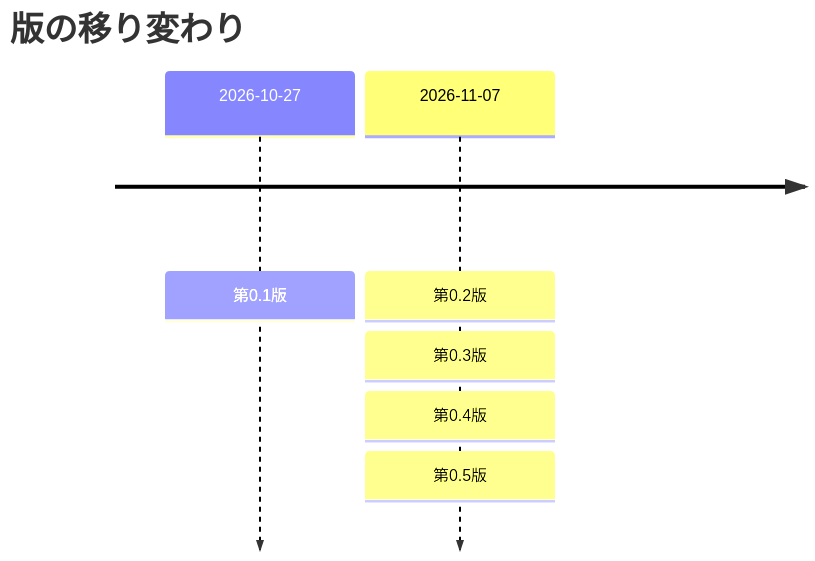
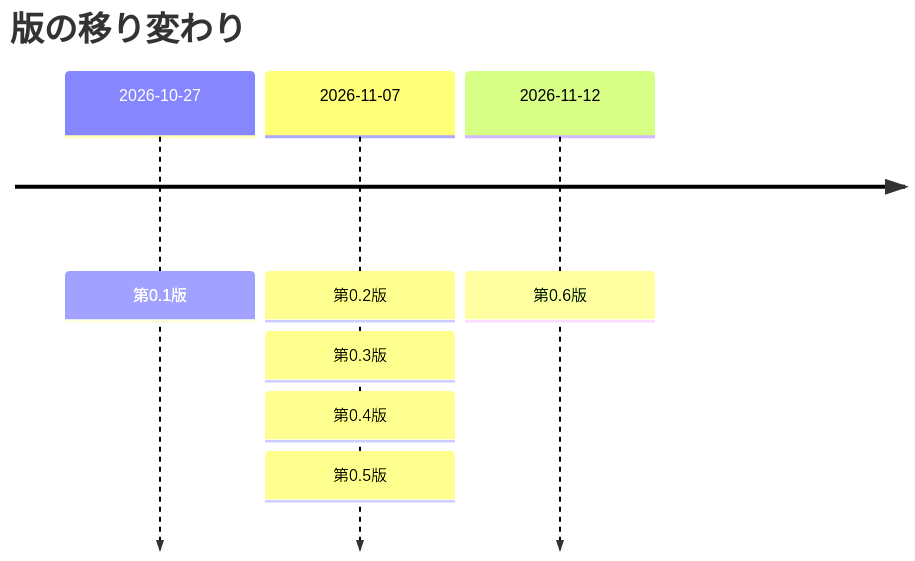
One commit to pocarialice/rpglearning changed the seventh of 7 diagrams in documents/さくらのクラウド構築手順書_RPG学習アプリ.md. Above: the diagram before and after it, drawn with Mermaid. The commit also changed other lines of this file and 11 other files, not shown here.

````diff
--- a/documents/さくらのクラウド構築手順書_RPG学習アプリ.md
+++ b/documents/さくらのクラウド構築手順書_RPG学習アプリ.md
@@ -951,6 +951,7 @@
 ```mermaid
 timeline
   title 版の移り変わり
   2026-10-27 : 第0.1版
   2026-11-07 : 第0.2版 : 第0.3版 : 第0.4版 : 第0.5版
+  2026-11-12 : 第0.6版
 ```
````
